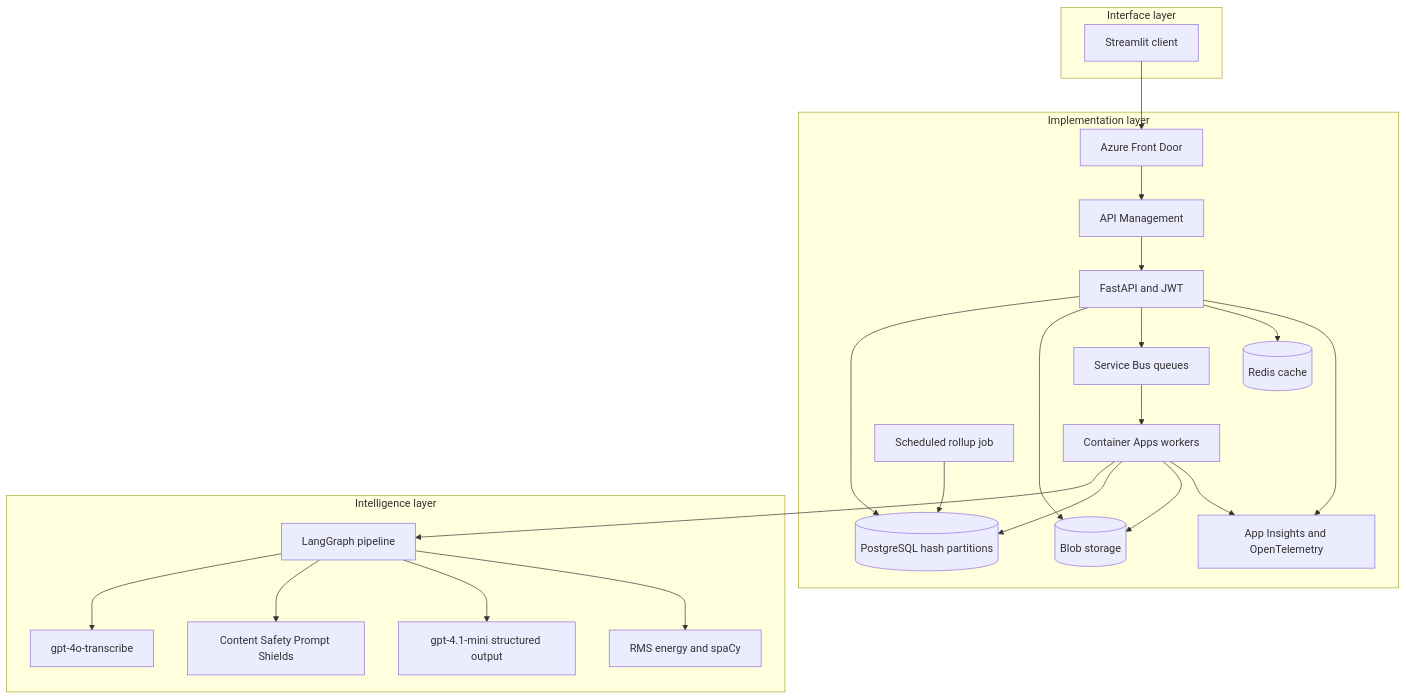
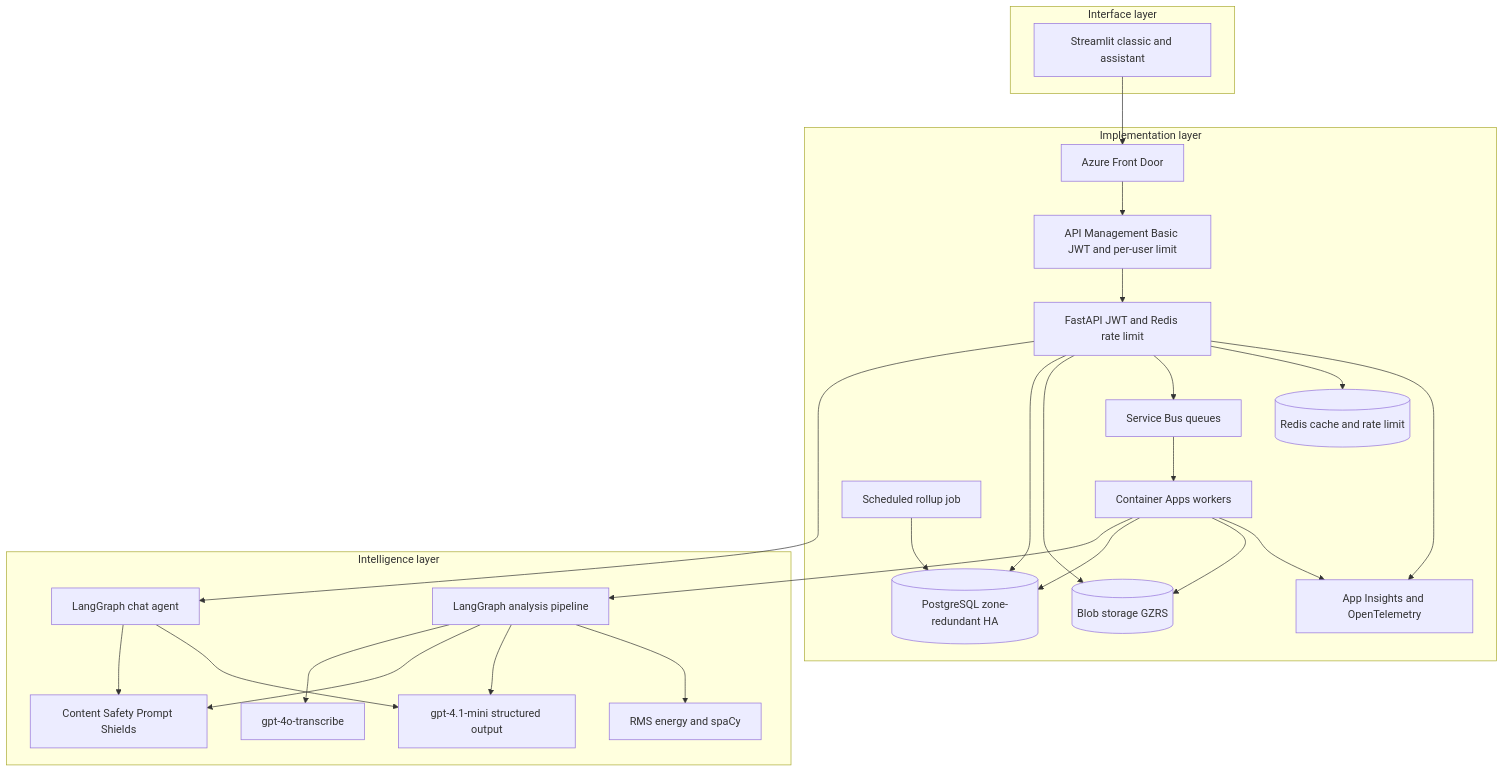
Before and after one commit to highprincezero/wn-voice-analytics: the diagram in docs/diagrams/system-architecture.mmd, drawn with Mermaid. The commit also changed 36 other files, not shown here.

First line of the commit message:
Add assistant chat, per-user limits, and zone redundancy

```diff
--- a/docs/diagrams/system-architecture.mmd
+++ b/docs/diagrams/system-architecture.mmd
@@ -1,42 +1,46 @@
 flowchart TB
   subgraph interfaceLayer [Interface layer]
-    UI[Streamlit client]
+    UI[Streamlit classic and assistant]
   end
 
   subgraph implementationLayer [Implementation layer]
     FD[Azure Front Door]
-    APIM[API Management]
-    API[FastAPI and JWT]
+    APIM[API Management Basic JWT and per-user limit]
+    API[FastAPI JWT and Redis rate limit]
     SB[Service Bus queues]
     WK[Container Apps workers]
     JOB[Scheduled rollup job]
-    PG[(PostgreSQL hash partitions)]
-    BLOB[(Blob storage)]
-    CACHE[(Redis cache)]
+    PG[(PostgreSQL zone-redundant HA)]
+    BLOB[(Blob storage GZRS)]
+    CACHE[(Redis cache and rate limit)]
     OBS[App Insights and OpenTelemetry]
   end
 
   subgraph intelligenceLayer [Intelligence layer]
-    LG[LangGraph pipeline]
+    LG[LangGraph analysis pipeline]
+    CHAT[LangGraph chat agent]
     STT[gpt-4o-transcribe]
     LLM[gpt-4.1-mini structured output]
     CS[Content Safety Prompt Shields]
     FEAT[RMS energy and spaCy]
   end
 
   UI --> FD --> APIM --> API
+  API --> CHAT
   API --> PG
   API --> BLOB
   API --> SB
   API --> CACHE
+  CHAT --> CS
+  CHAT --> LLM
   SB --> WK
   JOB --> PG
   WK --> LG
   LG --> STT
   LG --> CS
   LG --> LLM
   LG --> FEAT
   WK --> PG
   WK --> BLOB
   API --> OBS
   WK --> OBS
```
